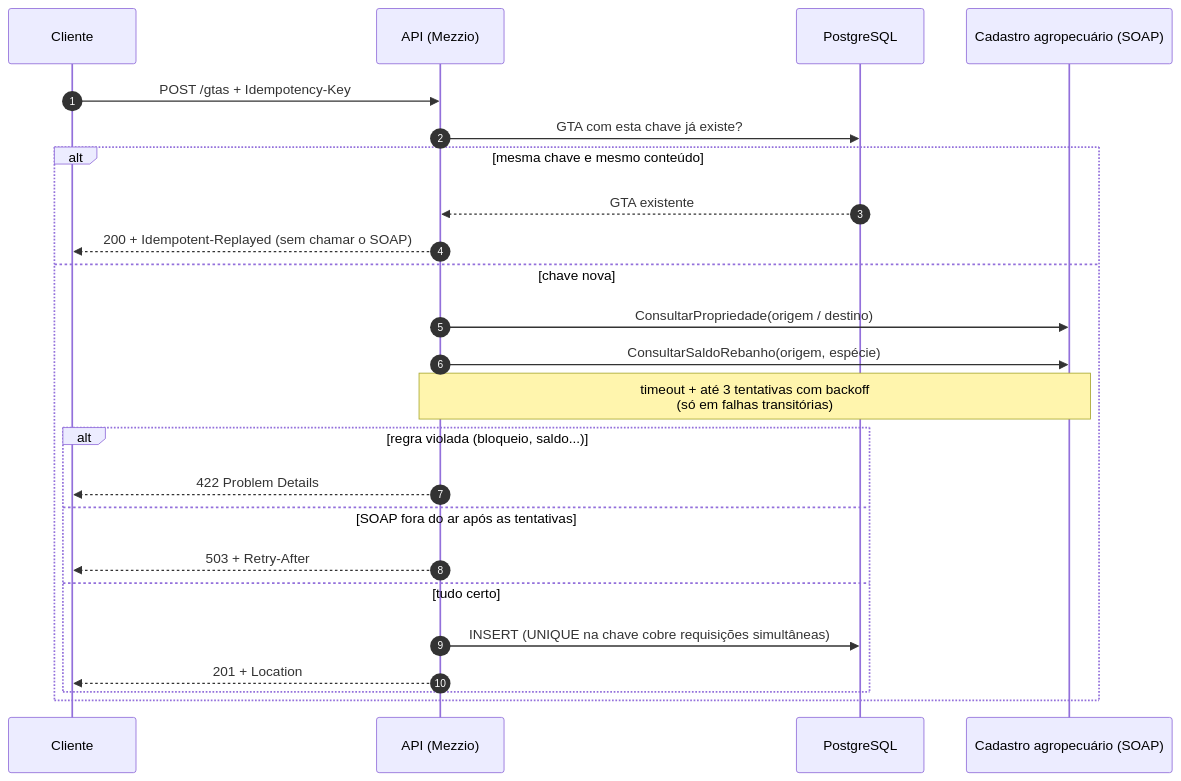
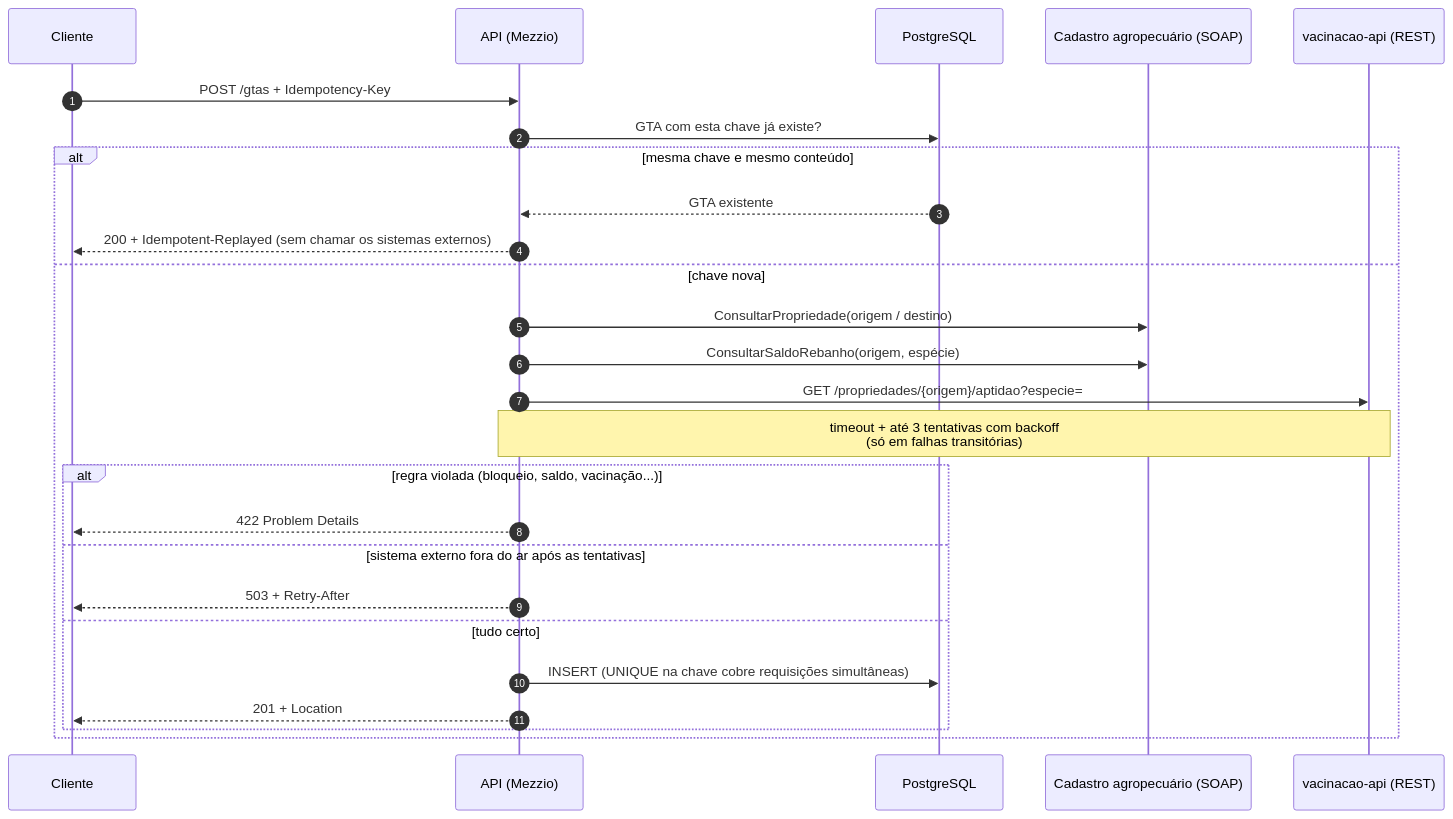
Before and after one commit to wescaxeta/gta-integration-service: the second of 2 diagrams in README.md, drawn with Mermaid. The commit also changed other lines of this file and 21 other files, not shown here.

First line of the commit message:
feat: consulta a vacinação do rebanho (vacinacao-api, .NET) antes de emitir a GTA

````diff
--- a/README.md
+++ b/README.md
@@ -23,27 +36,29 @@
 ```mermaid
 sequenceDiagram
     autonumber
     participant C as Cliente
     participant API as API (Mezzio)
     participant DB as PostgreSQL
     participant WS as Cadastro agropecuário (SOAP)
+    participant VAC as vacinacao-api (REST)
 
     C->>API: POST /gtas + Idempotency-Key
     API->>DB: GTA com esta chave já existe?
     alt mesma chave e mesmo conteúdo
         DB-->>API: GTA existente
-        API-->>C: 200 + Idempotent-Replayed (sem chamar o SOAP)
+        API-->>C: 200 + Idempotent-Replayed (sem chamar os sistemas externos)
     else chave nova
         API->>WS: ConsultarPropriedade(origem / destino)
         API->>WS: ConsultarSaldoRebanho(origem, espécie)
-        Note over API,WS: timeout + até 3 tentativas com backoff<br/>(só em falhas transitórias)
-        alt regra violada (bloqueio, saldo...)
+        API->>VAC: GET /propriedades/{origem}/aptidao?especie=
+        Note over API,VAC: timeout + até 3 tentativas com backoff<br/>(só em falhas transitórias)
+        alt regra violada (bloqueio, saldo, vacinação...)
             API-->>C: 422 Problem Details
-        else SOAP fora do ar após as tentativas
+        else sistema externo fora do ar após as tentativas
             API-->>C: 503 + Retry-After
         else tudo certo
             API->>DB: INSERT (UNIQUE na chave cobre requisições simultâneas)
             API-->>C: 201 + Location
         end
     end
 ```
````
